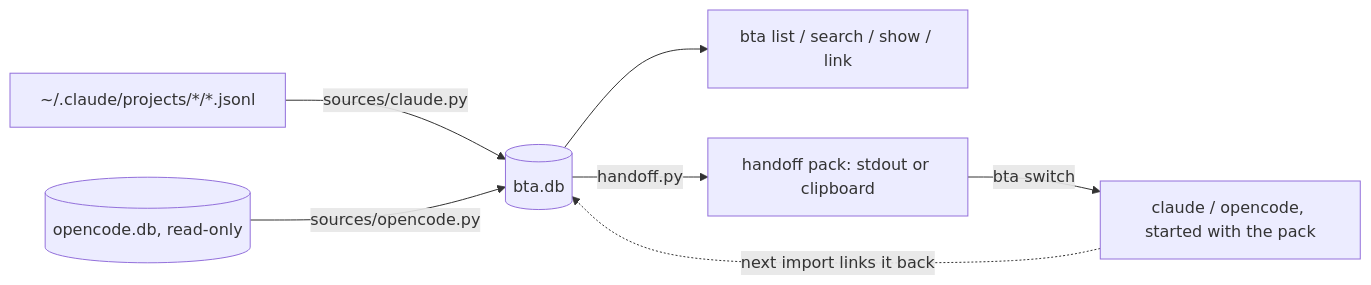
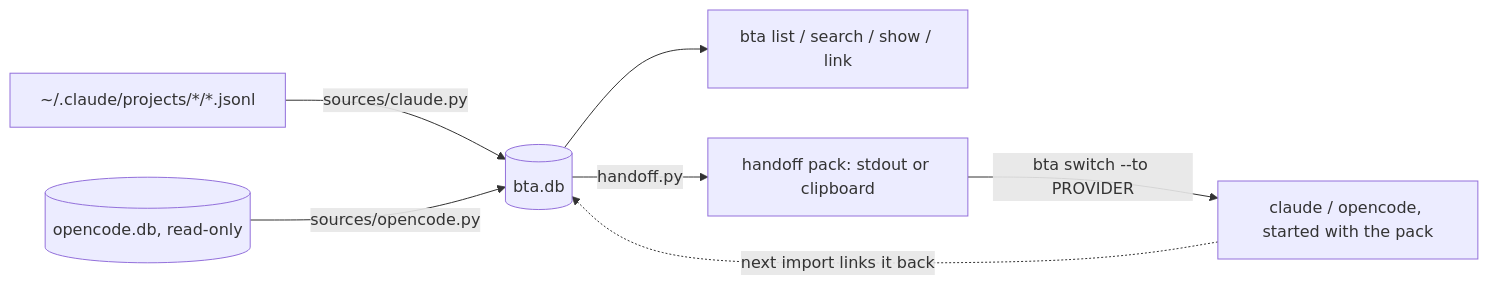
Before and after one commit to obakeng-develops/better-agent: the diagram in lode/summary.md, drawn with Mermaid. The commit also changed 9 other files, not shown here.

````diff
--- a/lode/summary.md
+++ b/lode/summary.md
@@ -5,9 +5,9 @@
 ```mermaid
 flowchart LR
   CC[~/.claude/projects/*/*.jsonl] -->|sources/claude.py| DB[(bta.db)]
   OC[(opencode.db, read-only)] -->|sources/opencode.py| DB
   DB --> CLI[bta list / search / show / link]
   DB -->|handoff.py| PACK[handoff pack: stdout or clipboard]
-  PACK -->|bta switch| AG[claude / opencode, started with the pack]
+  PACK -->|bta switch --to PROVIDER| AG[claude / opencode, started with the pack]
   AG -.->|next import links it back| DB
 ```
````
